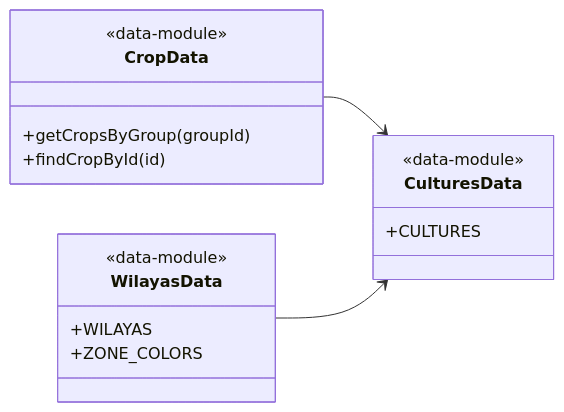
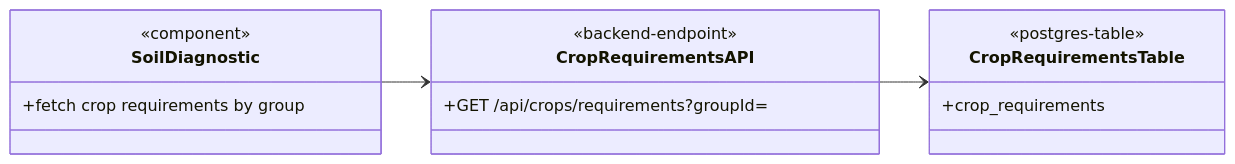
One commit to Lyna-fer/agriculture-project changed the fifth of 5 diagrams in docs/class-diagrams.md. Above: the diagram before and after it, drawn with Mermaid. The commit also changed other lines of this file and 5 other files, not shown here.

````diff
--- a/docs/class-diagrams.md
+++ b/docs/class-diagrams.md
@@ -316,24 +316,22 @@
 ```mermaid
 classDiagram
     direction LR
 
-    class CropData {
-        <<data-module>>
-        +getCropsByGroup(groupId)
-        +findCropById(id)
+    class CropRequirementsAPI {
+        <<backend-endpoint>>
+        +GET /api/crops/requirements?groupId=
     }
 
-    class CulturesData {
-        <<data-module>>
-        +CULTURES
+    class CropRequirementsTable {
+        <<postgres-table>>
+        +crop_requirements
     }
 
-    class WilayasData {
-        <<data-module>>
-        +WILAYAS
-        +ZONE_COLORS
+    class SoilDiagnostic {
+        <<component>>
+        +fetch crop requirements by group
     }
 
-    CropData --> CulturesData
-    WilayasData --> CulturesData
+    SoilDiagnostic --> CropRequirementsAPI
+    CropRequirementsAPI --> CropRequirementsTable
 ```
````
